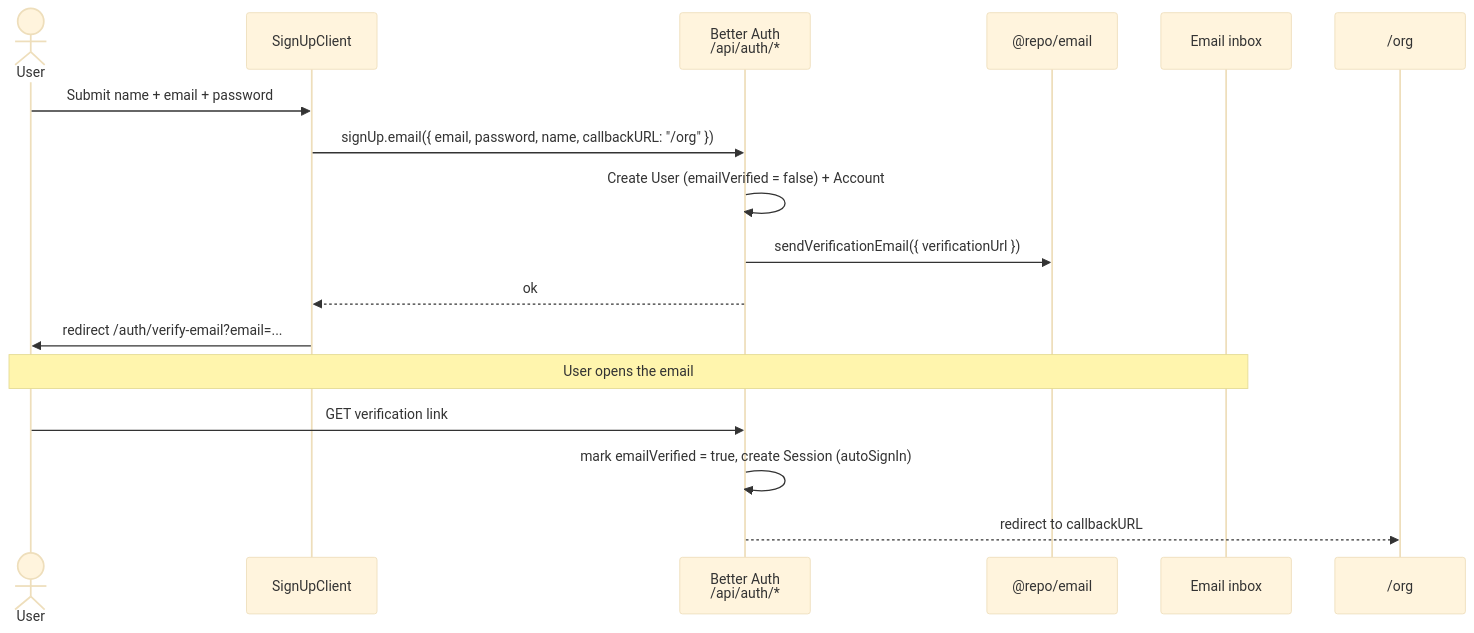
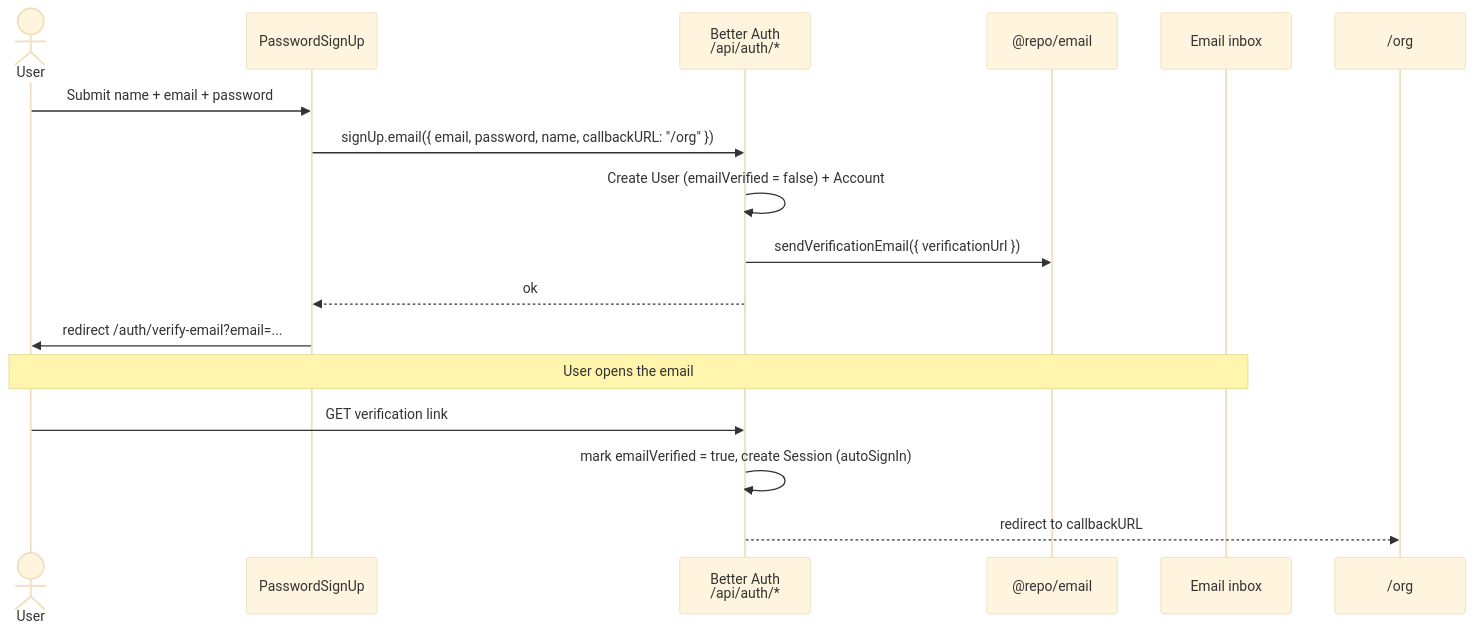
One commit to saasprokit-com/saasprokit changed the diagram in apps/docs/content/docs/authentication/sign-up-and-verification.mdx. Above: the diagram before and after it, drawn with Mermaid (base theme). The commit also changed other lines of this file and 7 other files, not shown here.

````diff
--- a/apps/docs/content/docs/authentication/sign-up-and-verification.mdx
+++ b/apps/docs/content/docs/authentication/sign-up-and-verification.mdx
@@ -93,20 +100,20 @@
 ```mermaid
 sequenceDiagram
     actor User
-    participant Form as SignUpClient
+    participant Form as PasswordSignUp
     participant BA as Better Auth<br/>/api/auth/*
     participant Email as @repo/email
     participant Verify as Email inbox
     participant Org as /org
 
     User->>Form: Submit name + email + password
     Form->>BA: signUp.email({ email, password, name, callbackURL: "/org" })
     BA->>BA: Create User (emailVerified = false) + Account
     BA->>Email: sendVerificationEmail({ verificationUrl })
     BA-->>Form: ok
     Form->>User: redirect /auth/verify-email?email=...
     Note over User,Verify: User opens the email
     User->>BA: GET verification link
     BA->>BA: mark emailVerified = true, create Session (autoSignIn)
     BA-->>Org: redirect to callbackURL
 ```
````
